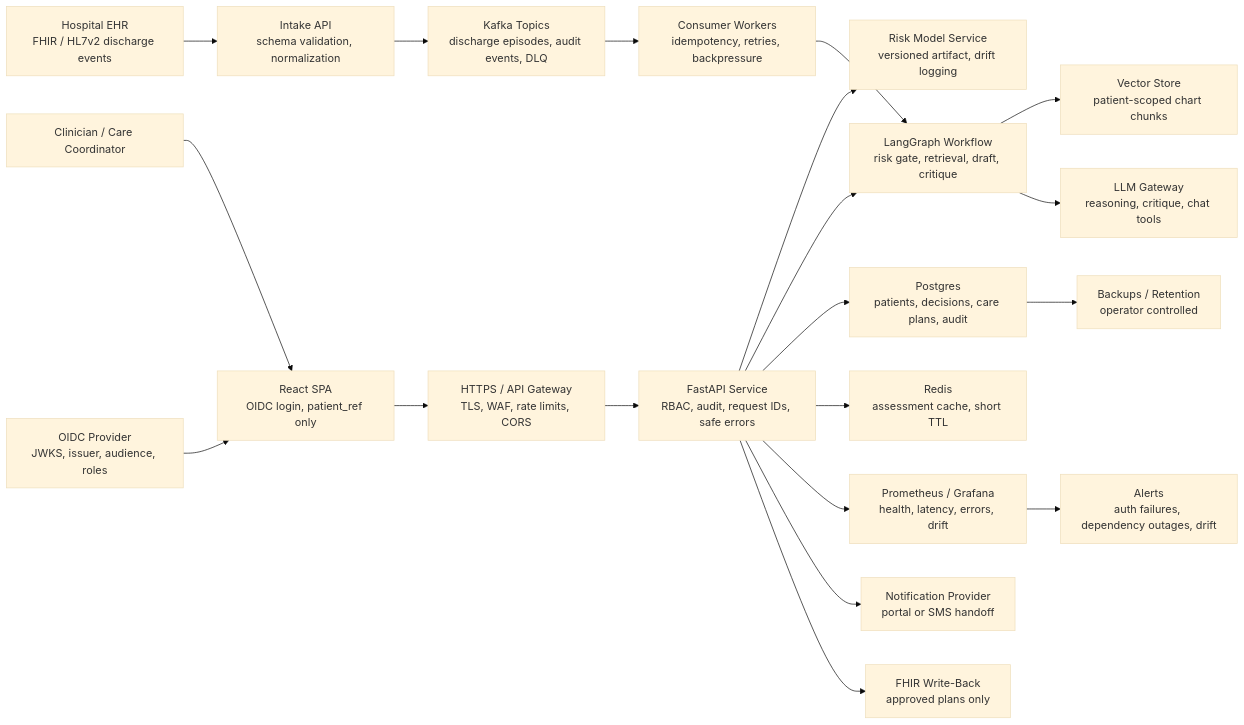
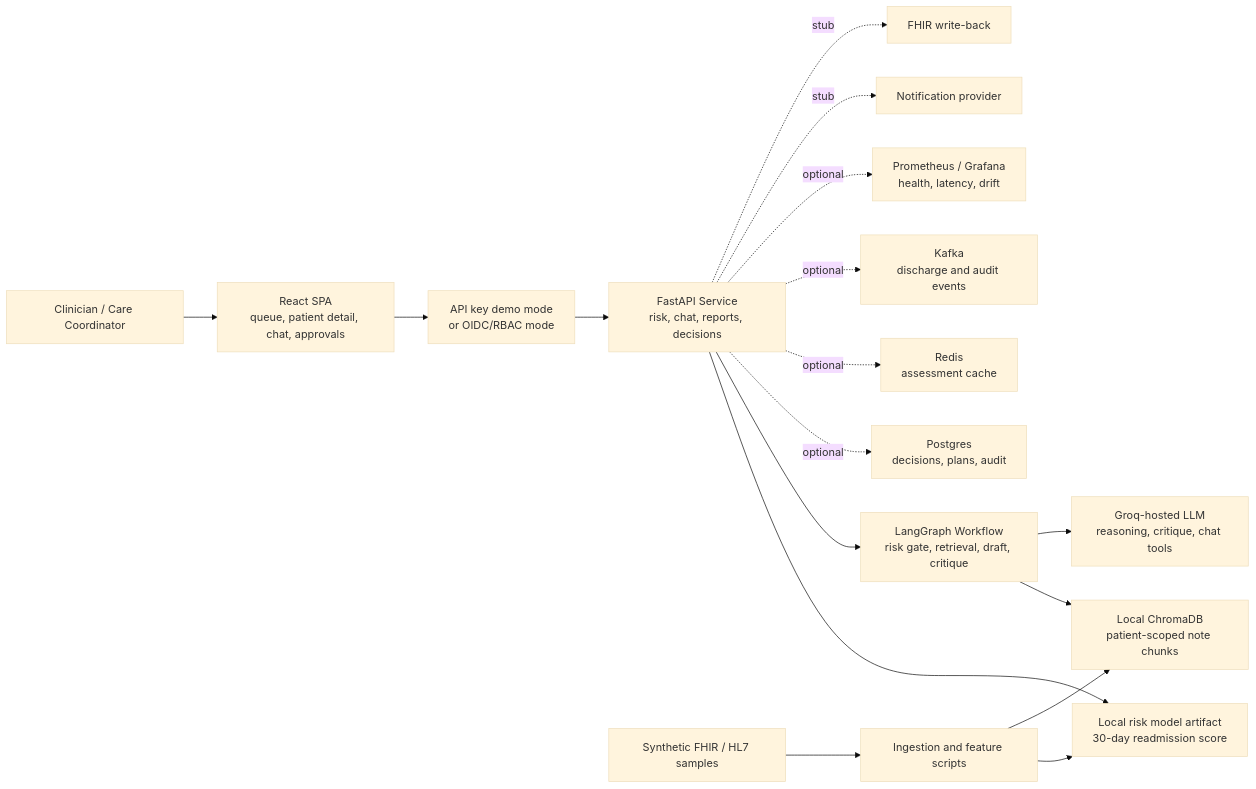
The diagram in README.md (Day-Raval/Care-Transition-Copilot), drawn with Mermaid (base theme) before and after one commit. The commit also changed other lines of this file, not shown here.

Commit message:
Update README architecture and badges

````diff
--- a/README.md
+++ b/README.md
@@ -40,26 +46,22 @@
 ```mermaid
 flowchart LR
-    clinician["Clinician / Care Coordinator"] --> web["React SPA<br/>OIDC login, patient_ref only"]
-    idp["OIDC Provider<br/>JWKS, issuer, audience, roles"] --> web
-    web --> gateway["HTTPS / API Gateway<br/>TLS, WAF, rate limits, CORS"]
-    gateway --> api["FastAPI Service<br/>RBAC, audit, request IDs, safe errors"]
+    clinician["Clinician / Care Coordinator"] --> web["React SPA<br/>queue, patient detail, chat, approvals"]
+    web --> auth["API key demo mode<br/>or OIDC/RBAC mode"]
+    auth --> api["FastAPI Service<br/>risk, chat, reports, decisions"]
 
-    ehr["Hospital EHR<br/>FHIR / HL7v2 discharge events"] --> intake["Intake API<br/>schema validation, normalization"]
-    intake --> kafka["Kafka Topics<br/>discharge episodes, audit events, DLQ"]
-    kafka --> worker["Consumer Workers<br/>idempotency, retries, backpressure"]
+    api --> model["Local risk model artifact<br/>30-day readmission score"]
+    api --> workflow["LangGraph Workflow<br/>risk gate, retrieval, draft, critique"]
+    workflow --> vector["Local ChromaDB<br/>patient-scoped note chunks"]
+    workflow --> llm["Groq-hosted LLM<br/>reasoning, critique, chat tools"]
 
-    api --> model["Risk Model Service<br/>versioned artifact, drift logging"]
-    api --> workflow["LangGraph Workflow<br/>risk gate, retrieval, draft, critique"]
-    worker --> workflow
-    workflow --> vector["Vector Store<br/>patient-scoped chart chunks"]
-    workflow --> llm["LLM Gateway<br/>reasoning, critique, chat tools"]
+    data["Synthetic FHIR / HL7 samples"] --> ingestion["Ingestion and feature scripts"]
+    ingestion --> model
+    ingestion --> vector
 
-    api --> db["Postgres<br/>patients, decisions, care plans, audit"]
-    api --> cache["Redis<br/>assessment cache, short TTL"]
-    api --> metrics["Prometheus / Grafana<br/>health, latency, errors, drift"]
-    api --> notify["Notification Provider<br/>portal or SMS handoff"]
-    api --> ehrWrite["FHIR Write-Back<br/>approved plans only"]
-
-    db --> backup["Backups / Retention<br/>operator controlled"]
-    metrics --> alerts["Alerts<br/>auth failures, dependency outages, drift"]
+    api -. optional .-> db["Postgres<br/>decisions, plans, audit"]
+    api -. optional .-> cache["Redis<br/>assessment cache"]
+    api -. optional .-> kafka["Kafka<br/>discharge and audit events"]
+    api -. optional .-> metrics["Prometheus / Grafana<br/>health, latency, drift"]
+    api -. stub .-> notify["Notification provider"]
+    api -. stub .-> ehrWrite["FHIR write-back"]
 ```
````
